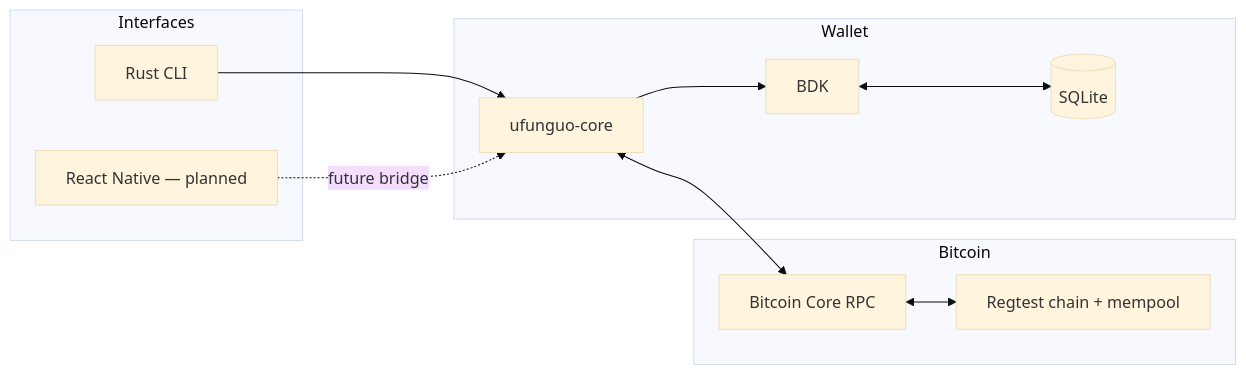
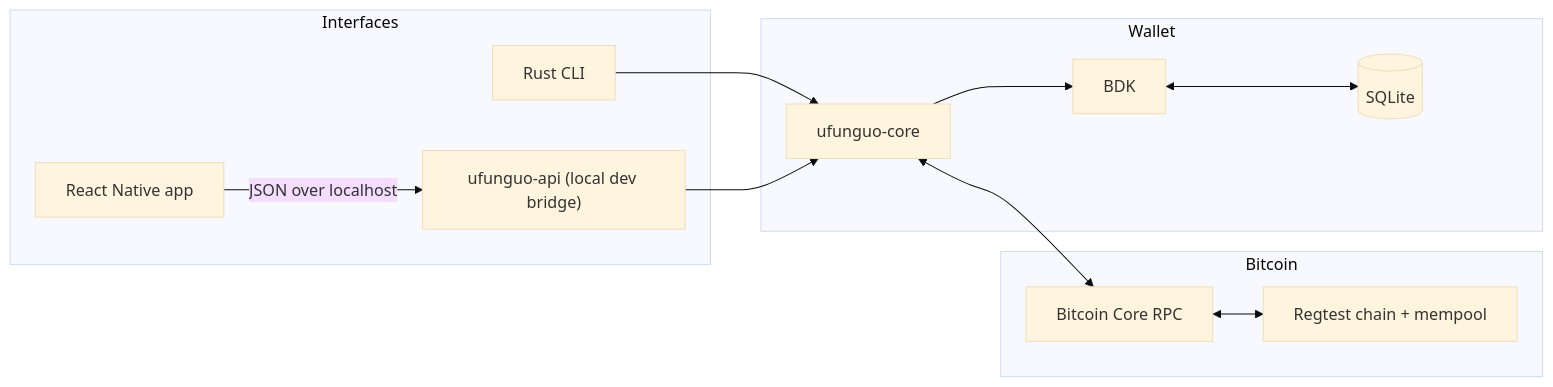
Before and after one commit to ro61zzy/ufunguo-wallet: the first of 4 diagrams in docs/architecture.md, drawn with Mermaid (base theme). The commit also changed other lines of this file and 11 other files, not shown here.

````diff
--- a/docs/architecture.md
+++ b/docs/architecture.md
@@ -7,25 +7,27 @@
 ```mermaid
 flowchart LR
     subgraph Interfaces
         CLI["Rust CLI"]
-        Mobile["React Native — planned"]
+        Mobile["React Native app"]
+        Api["ufunguo-api (local dev bridge)"]
     end
 
     subgraph Wallet
         Core["ufunguo-core"]
         BDK["BDK"]
         Store[("SQLite")]
     end
 
     subgraph Bitcoin
         Node["Bitcoin Core RPC"]
         Chain["Regtest chain + mempool"]
     end
 
     CLI --> Core
-    Mobile -. "future bridge" .-> Core
+    Mobile -- "JSON over localhost" --> Api
+    Api --> Core
     Core --> BDK
     BDK <--> Store
     Core <--> Node
     Node <--> Chain
 ```
````
